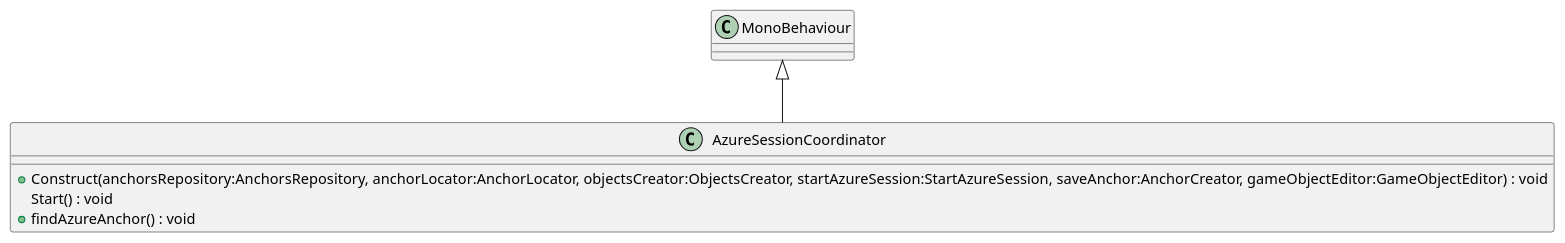
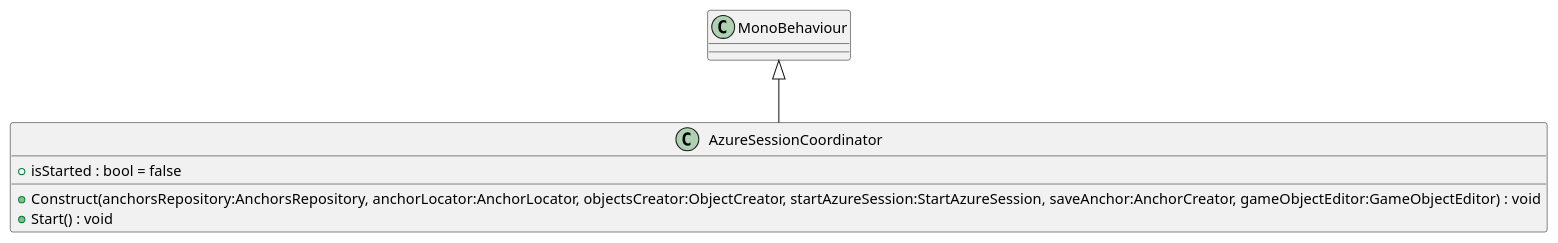
One commit to DeNatur/ProductionFloorVisualization changed the diagram in UML/Assets/Scripts/AzureSessionCoordinator.puml. Above: the diagram before and after it, drawn with PlantUML. The commit also changed 9 other files, not shown here.

Commit message:
Generate UML (Generate UML)

```diff
--- a/UML/Assets/Scripts/AzureSessionCoordinator.puml
+++ b/UML/Assets/Scripts/AzureSessionCoordinator.puml
@@ -1,8 +1,8 @@
 @startuml
 class AzureSessionCoordinator {
-    + Construct(anchorsRepository:AnchorsRepository, anchorLocator:AnchorLocator, objectsCreator:ObjectsCreator, startAzureSession:StartAzureSession, saveAnchor:AnchorCreator, gameObjectEditor:GameObjectEditor) : void
-    Start() : void
-    + findAzureAnchor() : void
+    + isStarted : bool = false
+    + Construct(anchorsRepository:AnchorsRepository, anchorLocator:AnchorLocator, objectsCreator:ObjectCreator, startAzureSession:StartAzureSession, saveAnchor:AnchorCreator, gameObjectEditor:GameObjectEditor) : void
+    + Start() : void
 }
 MonoBehaviour <|-- AzureSessionCoordinator
 @enduml
```
